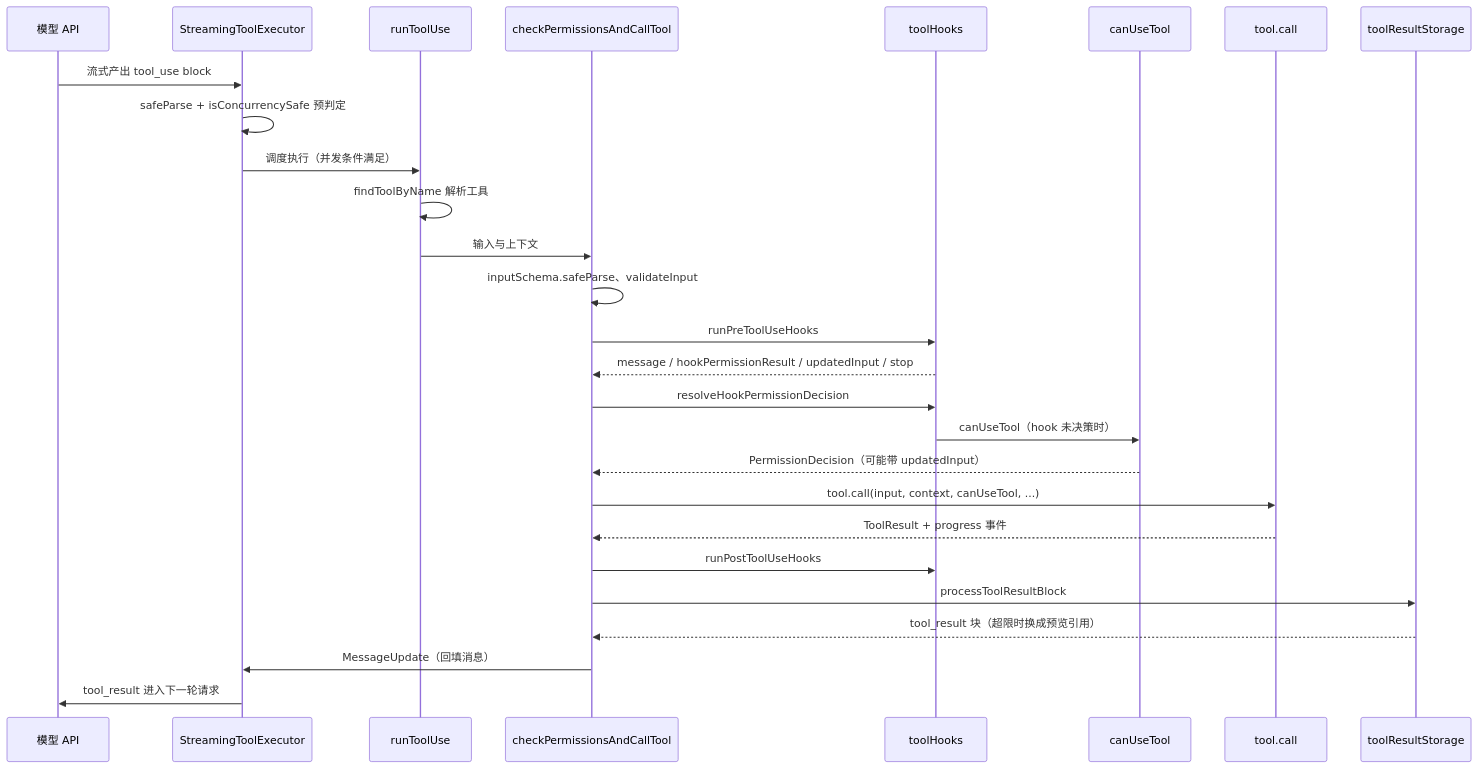
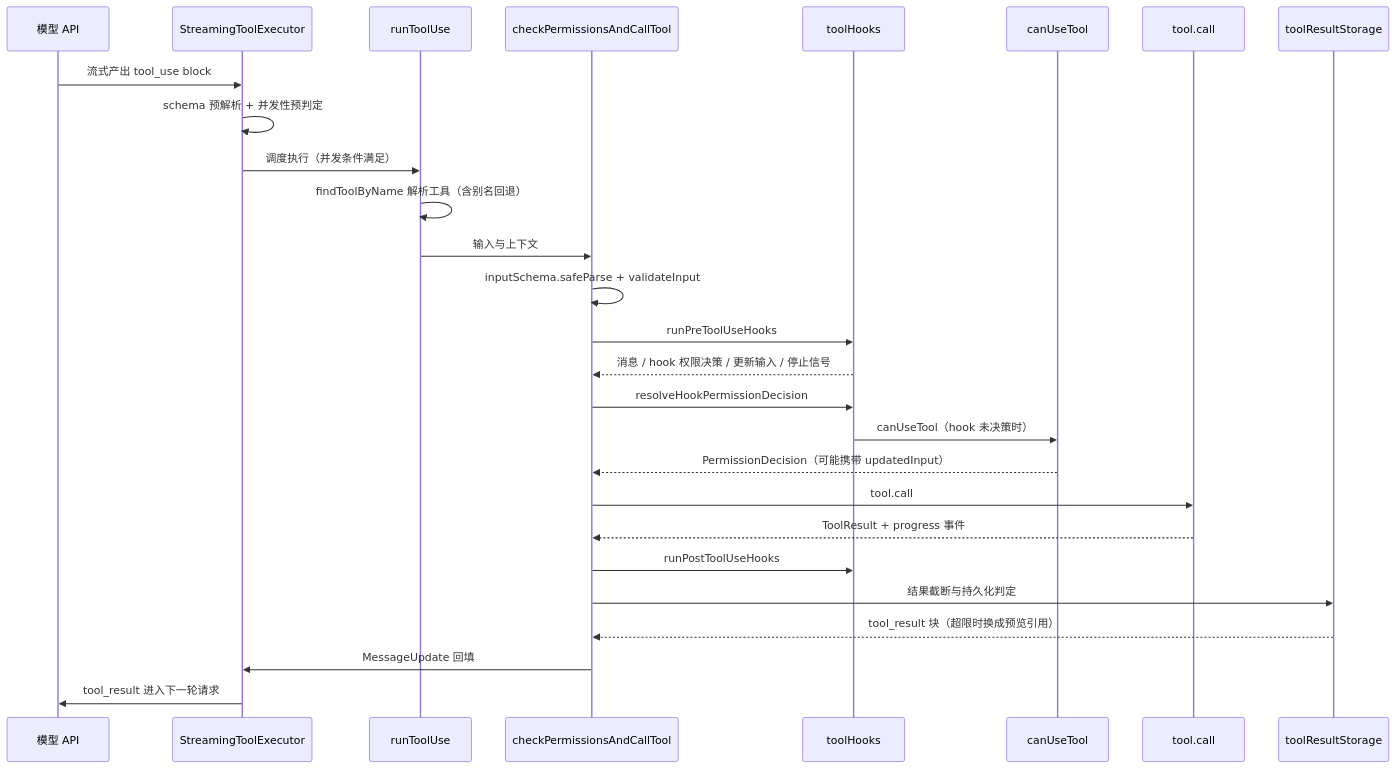
The third of 5 diagrams in agent/learn-cc/tool.md (c926694/obsidian_note), drawn with Mermaid before and after one commit. The commit also changed other lines of this file and 6 other files, not shown here.

````diff
--- a/agent/learn-cc/tool.md
+++ b/agent/learn-cc/tool.md
@@ -140,29 +270,29 @@
 ```mermaid
 sequenceDiagram
     participant API as 模型 API
     participant S as StreamingToolExecutor
     participant R as runToolUse
     participant C as checkPermissionsAndCallTool
     participant H as toolHooks
     participant P as canUseTool
     participant T as tool.call
     participant ST as toolResultStorage
     API->>S: 流式产出 tool_use block
-    S->>S: safeParse + isConcurrencySafe 预判定
+    S->>S: schema 预解析 + 并发性预判定
     S->>R: 调度执行（并发条件满足）
-    R->>R: findToolByName 解析工具
+    R->>R: findToolByName 解析工具（含别名回退）
     R->>C: 输入与上下文
-    C->>C: inputSchema.safeParse、validateInput
+    C->>C: inputSchema.safeParse + validateInput
     C->>H: runPreToolUseHooks
-    H-->>C: message / hookPermissionResult / updatedInput / stop
+    H-->>C: 消息 / hook 权限决策 / 更新输入 / 停止信号
     C->>H: resolveHookPermissionDecision
     H->>P: canUseTool（hook 未决策时）
-    P-->>C: PermissionDecision（可能带 updatedInput）
-    C->>T: tool.call(input, context, canUseTool, ...)
+    P-->>C: PermissionDecision（可能携带 updatedInput）
+    C->>T: tool.call
     T-->>C: ToolResult + progress 事件
     C->>H: runPostToolUseHooks
-    C->>ST: processToolResultBlock
+    C->>ST: 结果截断与持久化判定
     ST-->>C: tool_result 块（超限时换成预览引用）
-    C->>S: MessageUpdate（回填消息）
+    C->>S: MessageUpdate 回填
     S->>API: tool_result 进入下一轮请求
 ```
````
